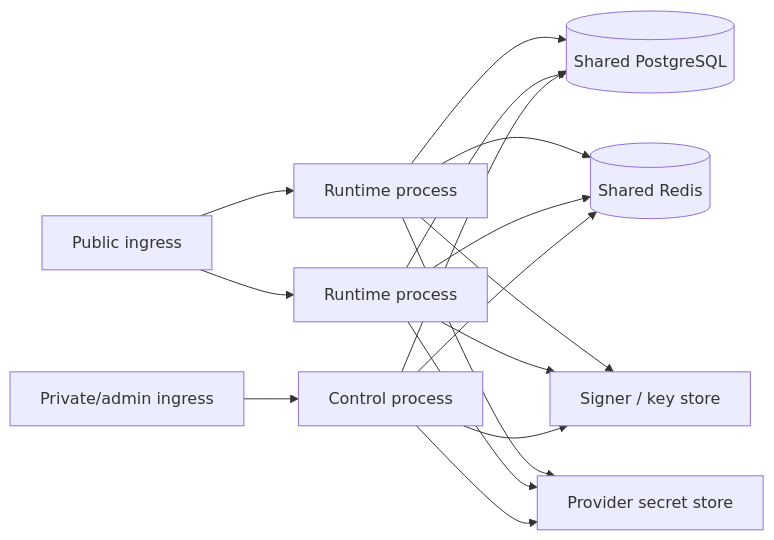
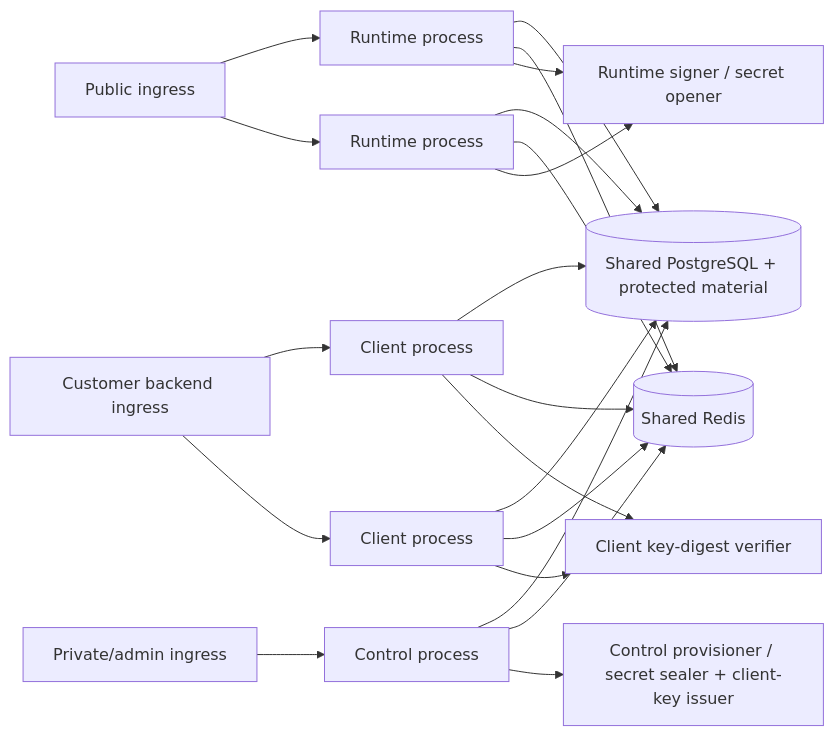
The third of 3 diagrams in spec/08-consistency-resilience-and-plane-separation.md (owlfoundry/owlauth), drawn with Mermaid before and after one commit. The commit also changed other lines of this file and 320 other files, not shown here.

````diff
--- a/spec/08-consistency-resilience-and-plane-separation.md
+++ b/spec/08-consistency-resilience-and-plane-separation.md
@@ -131,18 +138,23 @@
 ```mermaid
 flowchart LR
     Public[Public ingress] --> RP1[Runtime process]
     Public --> RP2[Runtime process]
+    Backend[Customer backend ingress] --> BP1[Client process]
+    Backend --> BP2[Client process]
     Private[Private/admin ingress] --> CP[Control process]
-    RP1 --> PG[(Shared PostgreSQL)]
+    RP1 --> PG[(Shared PostgreSQL + protected material)]
     RP2 --> PG
+    BP1 --> PG
+    BP2 --> PG
     CP --> PG
     RP1 --> Redis[(Shared Redis)]
     RP2 --> Redis
+    BP1 --> Redis
+    BP2 --> Redis
     CP --> Redis
-    RP1 --> KMS[Signer / key store]
-    RP2 --> KMS
-    CP --> KMS
-    RP1 --> Secrets[Provider secret store]
-    RP2 --> Secrets
-    CP --> Secrets
+    RP1 --> KP[Runtime signer / secret opener]
+    RP2 --> KP
+    BP1 --> KPV[Client key-digest verifier]
+    BP2 --> KPV
+    CP --> KPC[Control provisioner / secret sealer + client-key issuer]
 ```
````
